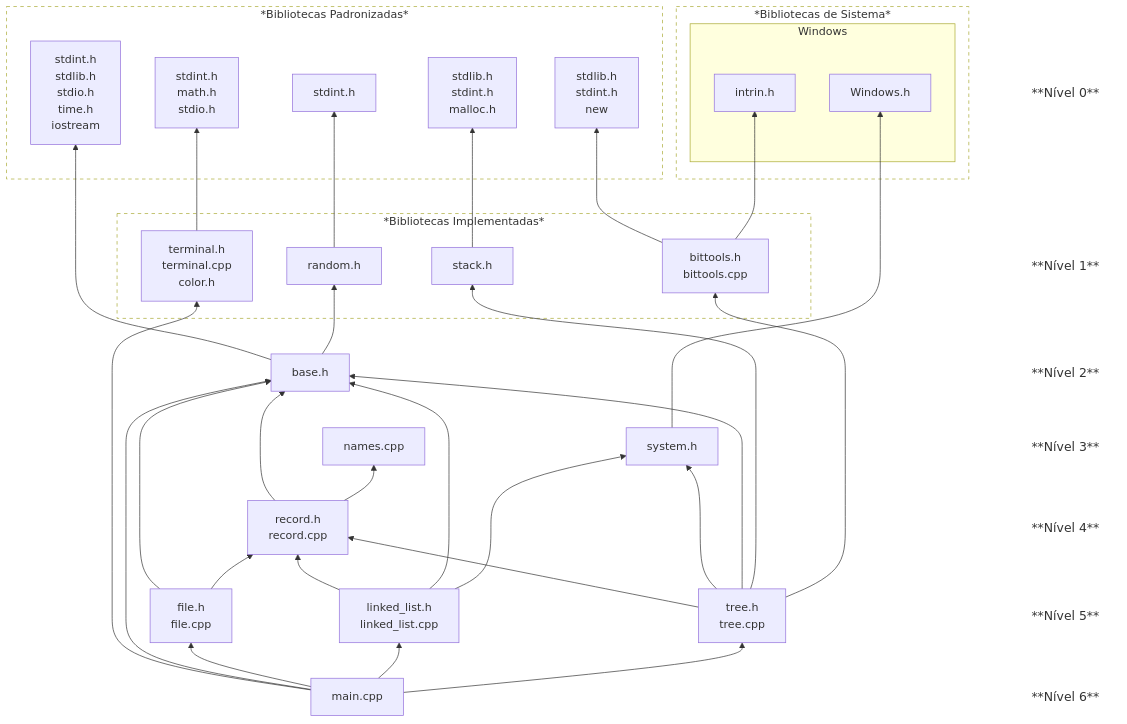
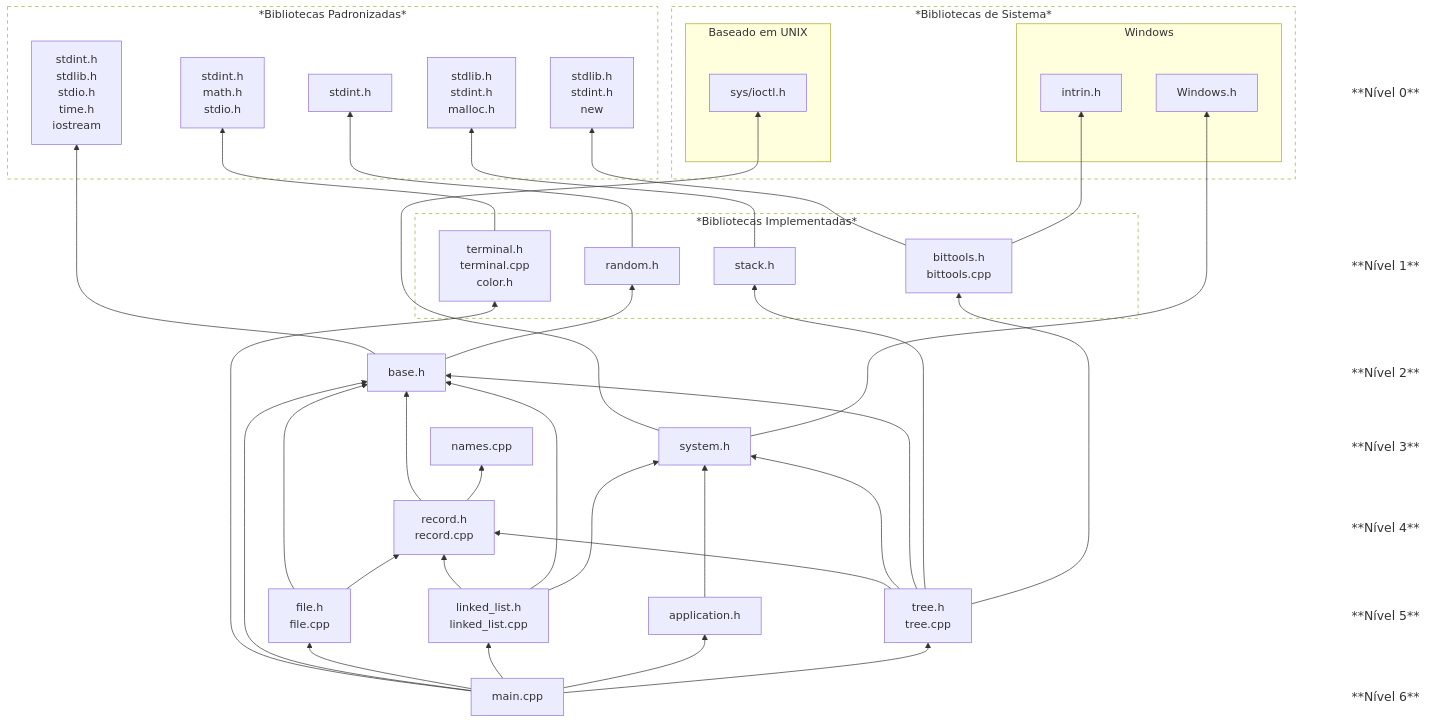
The diagram in README.md (alan-b-lima/Binary_Tree), drawn with Mermaid before and after one commit. The commit also changed other lines of this file and 17 other files, not shown here.

```diff
--- a/README.md
+++ b/README.md
@@ -68,8 +68,12 @@
 
    subgraph syslibs[*Bibliotecas de Sistema*]
       subgraph Windows
+         intrin.h
          Windows.h
-         intrin.h
+      end
+
+      subgraph UNIX[Baseado em UNIX]
+         sys/ioctl.h
       end
    end
    
@@ -123,6 +127,7 @@
    main.cpp --> base.h
    main.cpp --> file.h
    main.cpp --> linked_list.h
+   main.cpp --> application.h
    main.cpp --> tree.h
 
    file.h --> base.h
@@ -132,6 +137,8 @@
    linked_list.h --> base.h
    linked_list.h ---> system.h
    
+   application.h ---> system.h
+
    tree.h --> record.h
    tree.h ---> system.h
    tree.h --> base.h
@@ -144,6 +151,7 @@
    base.h --> base_incl
    base.h --> random.h
 
+   system.h --> sys/ioctl.h
    system.h --> Windows.h
    
    terminal.h --> terminal_incl
```
